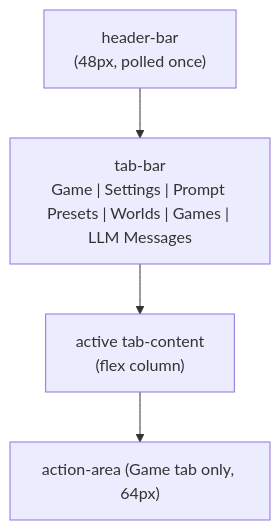
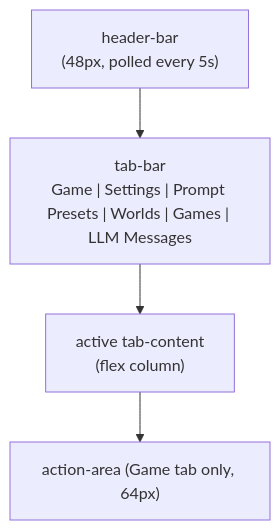
The diagram in docs/diataxis/reference/frontend/dashboard.md (notsonormal/chronicler-engine), drawn with Mermaid before and after one commit. The commit also changed other lines of this file and 17 other files, not shown here.

````diff
--- a/docs/diataxis/reference/frontend/dashboard.md
+++ b/docs/diataxis/reference/frontend/dashboard.md
@@ -14,8 +14,8 @@
 ```mermaid
 flowchart TD
-    HDR["header-bar<br/>(48px, polled once)"]
+    HDR["header-bar<br/>(48px, polled every 5s)"]
     TABS["tab-bar<br/>Game | Settings | Prompt Presets | Worlds | Games | LLM Messages"]
     BODY["active tab-content<br/>(flex column)"]
     ACT["action-area (Game tab only, 64px)"]
     HDR --> TABS --> BODY --> ACT
 ```
````
